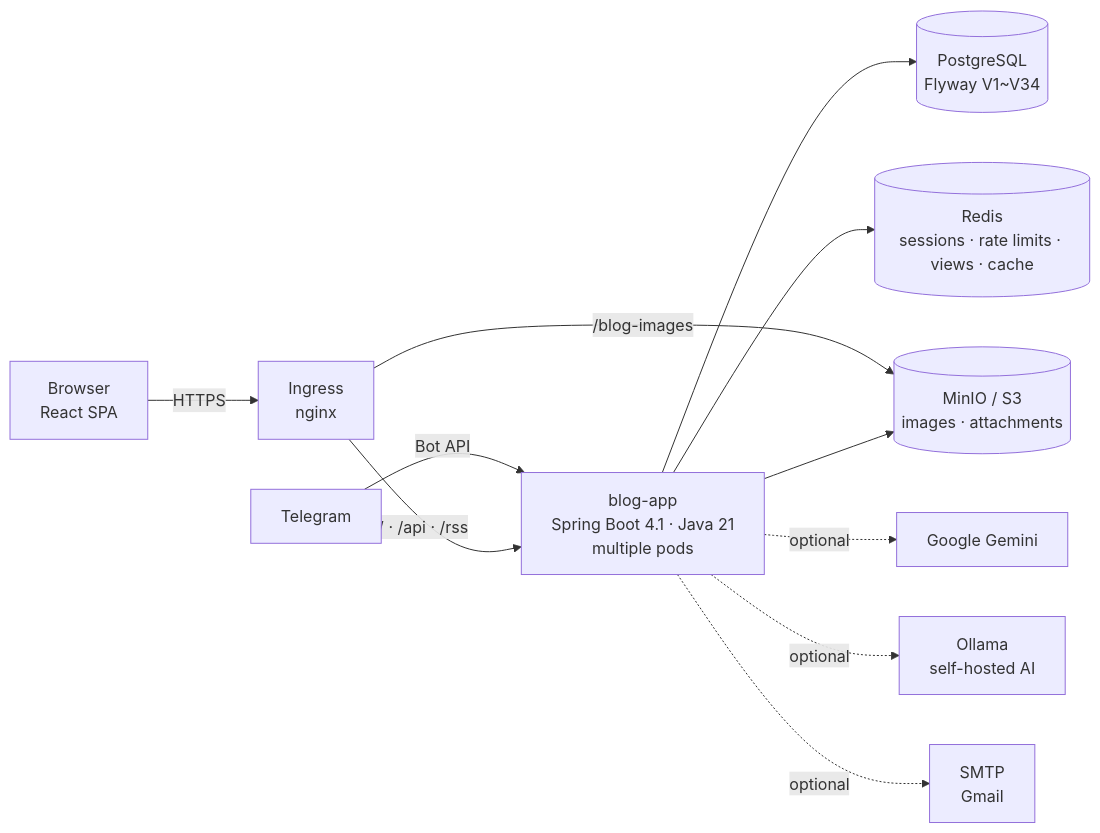
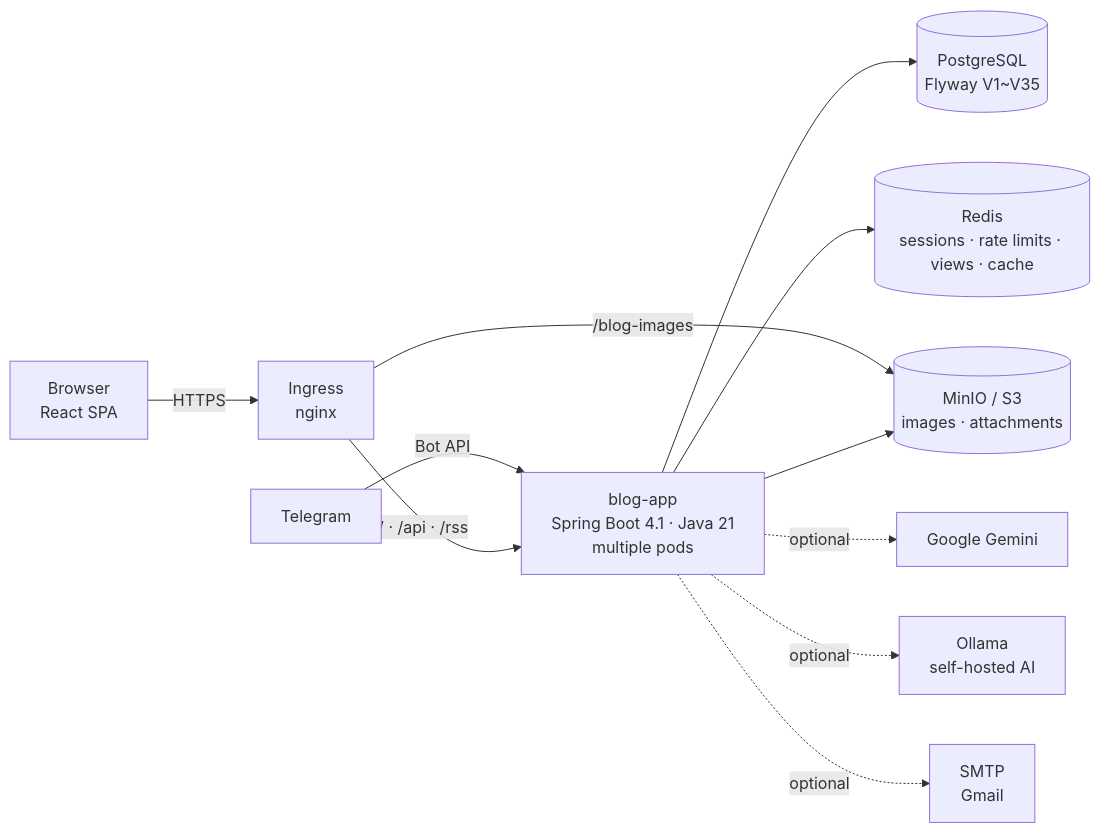
One commit to AIGJ-01-002-blog/devlog changed the first of 3 diagrams in README.en.md. Above: the diagram before and after it, drawn with Mermaid. The commit also changed other lines of this file and 3 other files, not shown here.

````diff
--- a/README.en.md
+++ b/README.en.md
@@ -151,13 +151,13 @@
 ```mermaid
 flowchart LR
     B[Browser<br/>React SPA] -->|HTTPS| I[Ingress<br/>nginx]
     T[Telegram] -->|Bot API| A
     I -->|/ · /api · /rss| A[blog-app<br/>Spring Boot 4.1 · Java 21<br/>multiple pods]
     I -->|/blog-images| M[(MinIO / S3<br/>images · attachments)]
-    A --> P[(PostgreSQL<br/>Flyway V1~V34)]
+    A --> P[(PostgreSQL<br/>Flyway V1~V35)]
     A --> R[(Redis<br/>sessions · rate limits · views · cache)]
     A --> M
     A -.optional.-> G[Google Gemini]
     A -.optional.-> O[Ollama<br/>self-hosted AI]
     A -.optional.-> S[SMTP<br/>Gmail]
 ```
````
